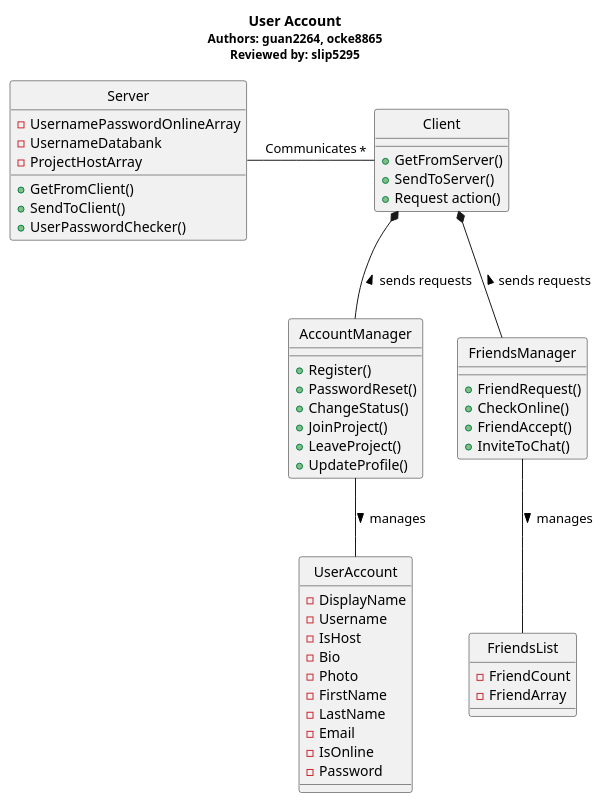
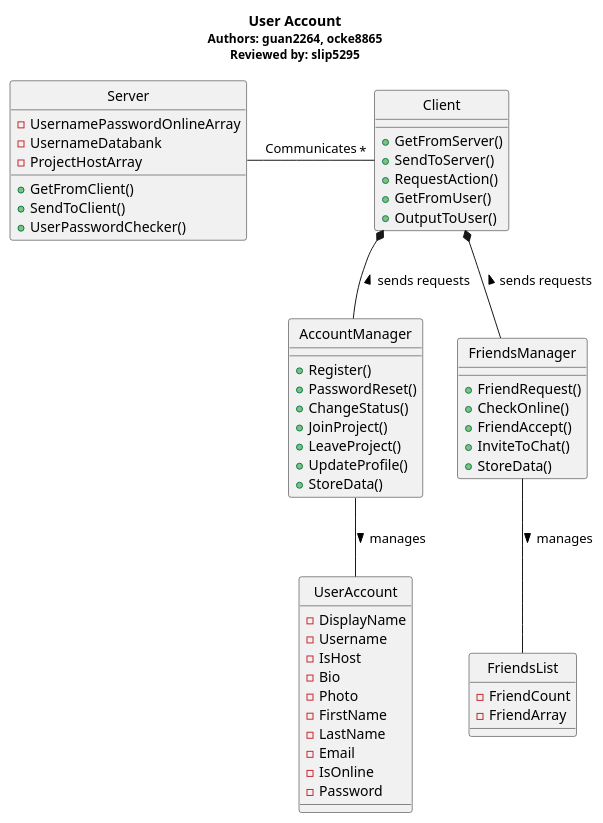
Before and after one commit to voxelv/sQuire_kw: the diagram in hw3/UserAccount/UserAccountCD.puml, drawn with PlantUML. The commit also changed 3 other files, not shown here.

```diff
--- a/hw3/UserAccount/UserAccountCD.puml
+++ b/hw3/UserAccount/UserAccountCD.puml
@@ -1,63 +1,67 @@
 @startuml
 hide circles
 
 Title <b>User Account</b>\n<size:12>Authors: guan2264, ocke8865</size>\n<size:12>Reviewed by: slip5295</size>
 
 
 class "Server" as s{
 -UsernamePasswordOnlineArray
 -UsernameDatabank
 -ProjectHostArray
 +GetFromClient()
 +SendToClient()
 +UserPasswordChecker()
 }
 
 class "Client" as c {
 +GetFromServer()
 +SendToServer()
-+Request action()
++RequestAction()
++GetFromUser()
++OutputToUser()
 }
 
 class "AccountManager" as am {
 +Register()
 +PasswordReset()
 +ChangeStatus()
 +JoinProject()
 +LeaveProject()
 +UpdateProfile()
++StoreData()
 }
 
 class "UserAccount" as ua {
 -DisplayName
 -Username
 -IsHost
 -Bio
 -Photo
 -FirstName
 -LastName
 -Email
 -IsOnline
 -Password
 }
 
 
 class "FriendsManager" as fm {
 +FriendRequest()
 +CheckOnline()
 +FriendAccept()
 +InviteToChat()
++StoreData()
 }
 
 class "FriendsList" as fl {
 -FriendCount
 -FriendArray
 }
 
 
 s  -r-"*" c : Communicates
 c   *-d- am : < sends requests
 am   --  ua : manages >
 c   *-d- fm : < sends requests
 fm   --  fl : manages >
 @enduml
```
